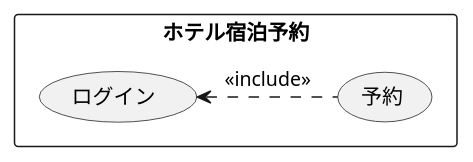
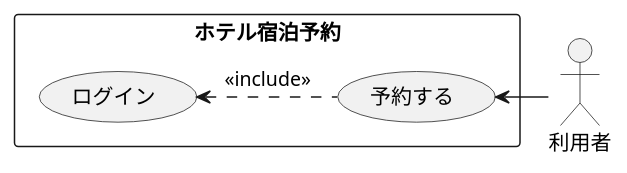
The diagram in 演習2-3_ホテル宿泊予約.pu (ponkotu1/uml-introduction), drawn with PlantUML before and after one commit. The commit also changed 2 other files, not shown here.

```diff
--- a/演習2-3_ホテル宿泊予約.pu
+++ b/演習2-3_ホテル宿泊予約.pu
@@ -1,8 +1,10 @@
 @startuml ユースケース図
+actor 利用者
 rectangle ホテル宿泊予約 {
-usecase 予約
+usecase 予約する
 usecase ログイン
 }
-ログイン <. 予約 : << include >>
+ログイン <. 予約する : << include >>
+予約する <- 利用者
 
 @enduml
```
